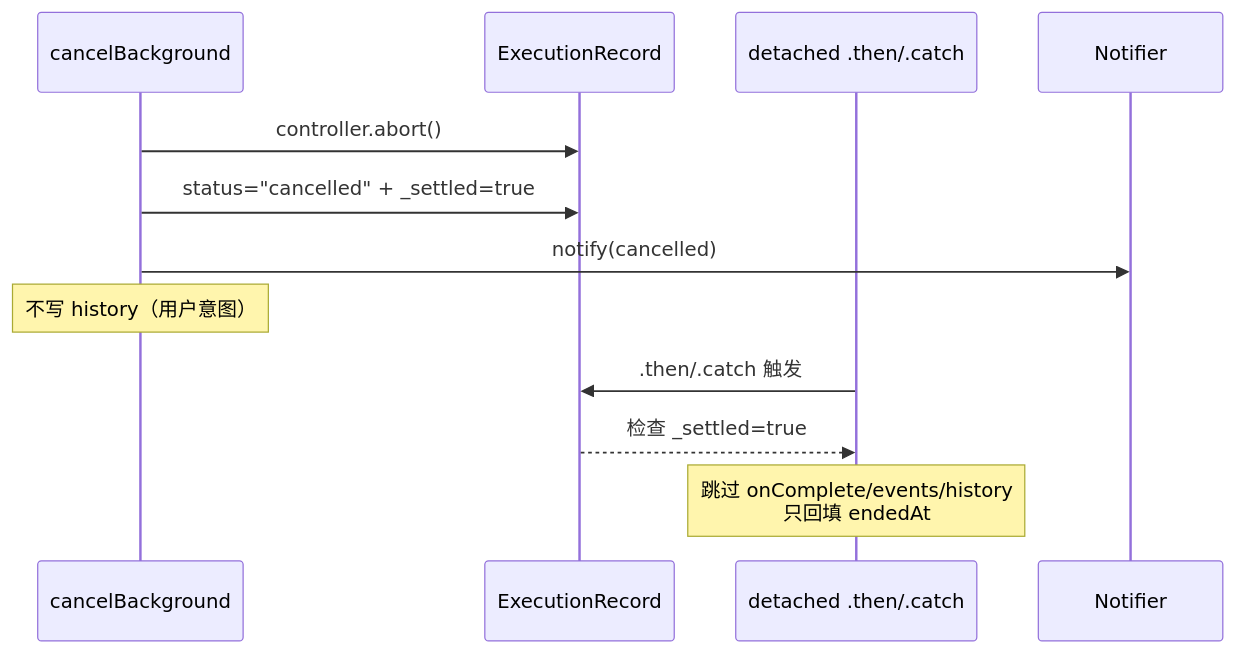
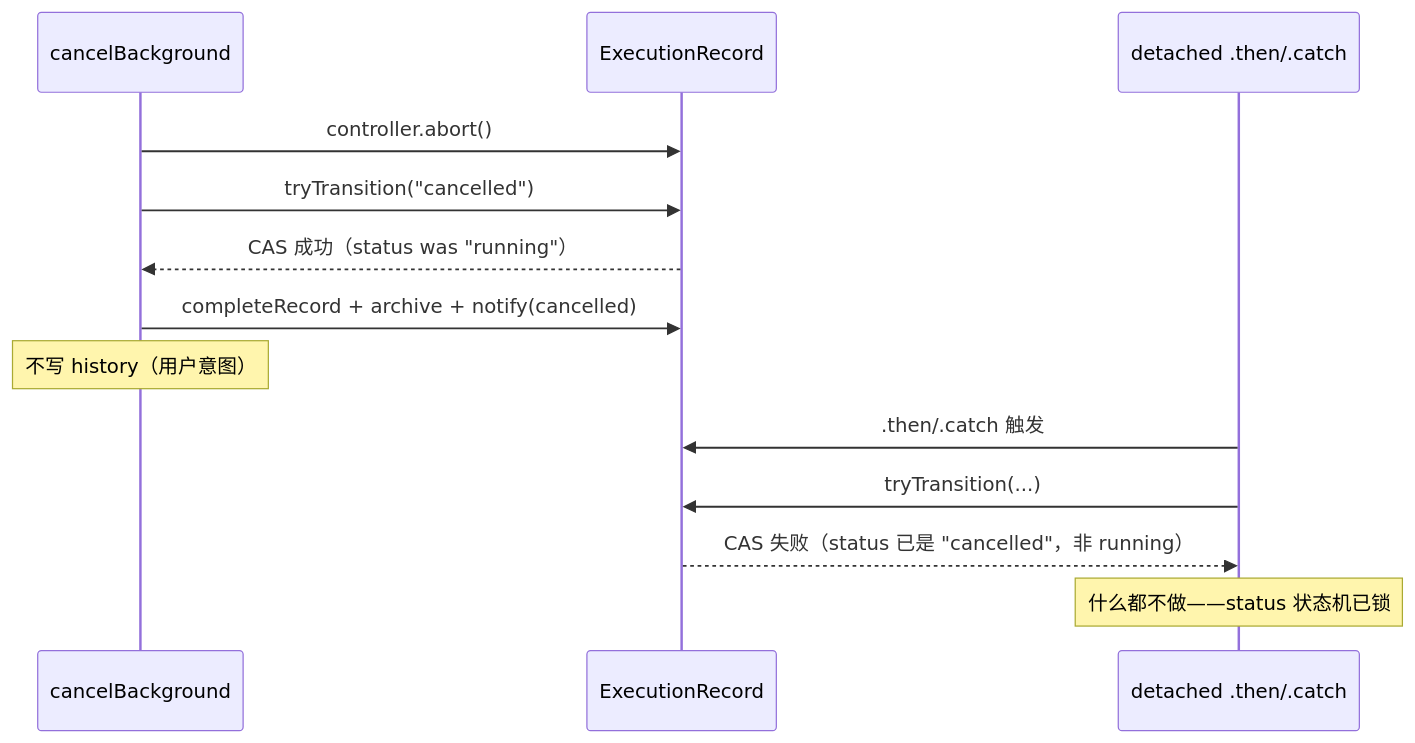
One commit to zhushanwen321/xyz-pi-extensions changed the third of 3 diagrams in docs/subagents/execution-flow.md. Above: the diagram before and after it, drawn with Mermaid. The commit also changed other lines of this file and 2 other files, not shown here.

First line of the commit message:
refactor(subagents): 深化 executor 七步控制流，CAS 取代 _settled

````diff
--- a/docs/subagents/execution-flow.md
+++ b/docs/subagents/execution-flow.md
@@ -104,15 +104,17 @@
 ```mermaid
 sequenceDiagram
     participant Cancel as cancelBackground
     participant Record as ExecutionRecord
     participant Then as detached .then/.catch
 
     Cancel->>Record: controller.abort()
-    Cancel->>Record: status="cancelled" + _settled=true
-    Cancel->>Notifier: notify(cancelled)
+    Cancel->>Record: tryTransition("cancelled")
+    Record-->>Cancel: CAS 成功（status was "running"）
+    Cancel->>Record: completeRecord + archive + notify(cancelled)
     Note over Cancel: 不写 history（用户意图）
 
     Then->>Record: .then/.catch 触发
-    Record-->>Then: 检查 _settled=true
-    Note over Then: 跳过 onComplete/events/history<br/>只回填 endedAt
+    Then->>Record: tryTransition(...)
+    Record-->>Then: CAS 失败（status 已是 "cancelled"，非 running）
+    Note over Then: 什么都不做——status 状态机已锁
 ```
````
